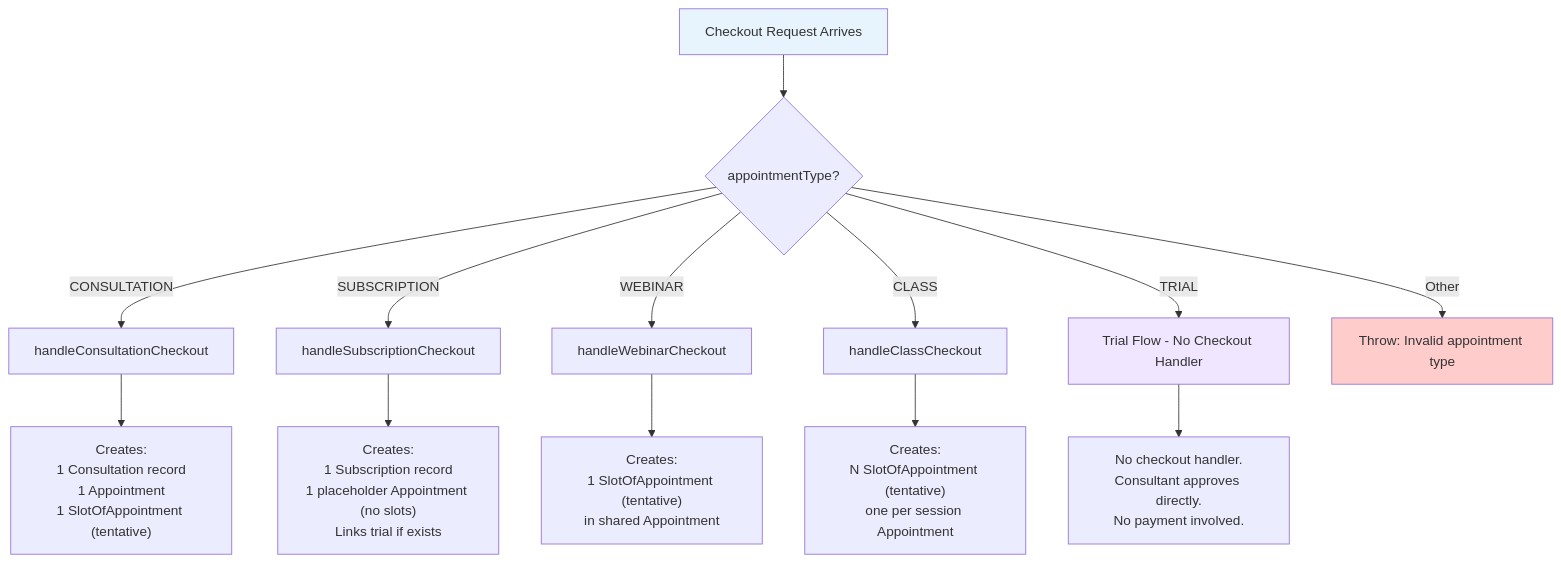
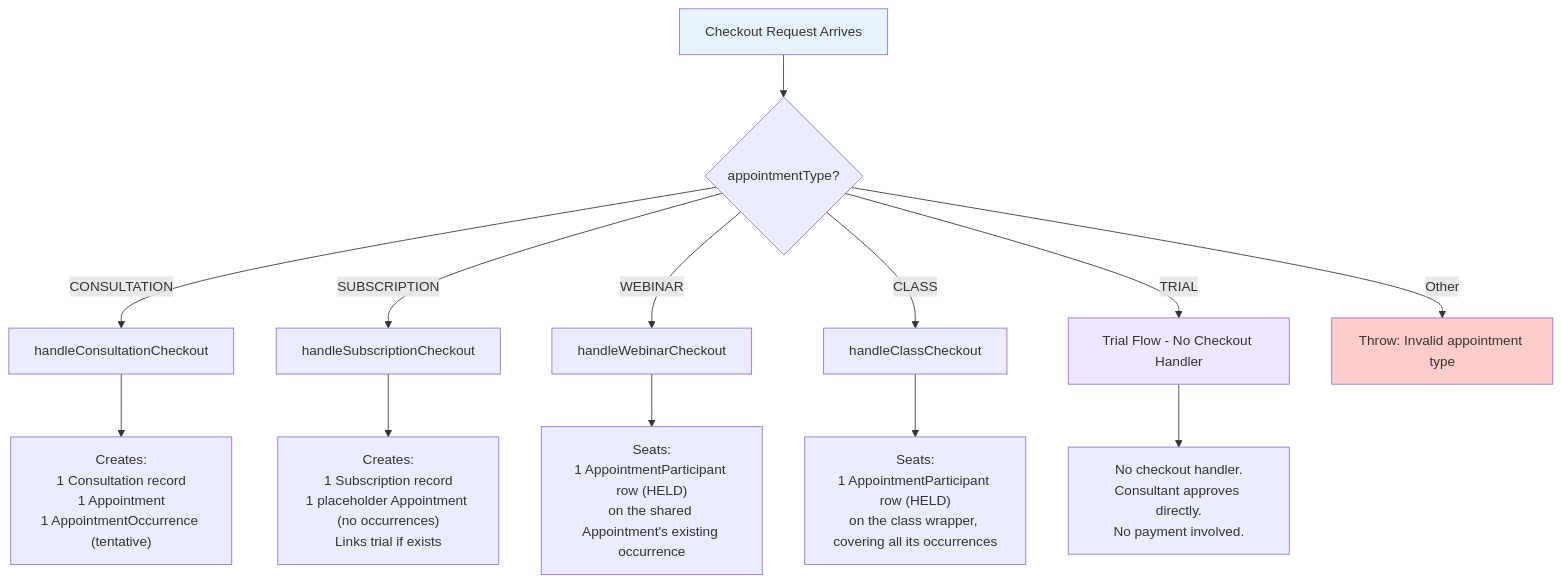
One commit to Practitionist/familiarise_web changed the third of 16 diagrams in docs/booking/06-booking-lifecycle.md. Above: the diagram before and after it, drawn with Mermaid. The commit also changed other lines of this file and 711 other files, not shown here.

First line of the commit message:
feat(scheduling): the vocabulary reset — AvailabilityWindow, AppointmentOccurrence, Meeting, Trial; slot and session retired (#1638)

````diff
--- a/docs/booking/06-booking-lifecycle.md
+++ b/docs/booking/06-booking-lifecycle.md
@@ -149,21 +150,21 @@
 ```mermaid
 flowchart TD
     START[Checkout Request Arrives] --> CHECK_TYPE{appointmentType?}
 
     CHECK_TYPE -->|CONSULTATION| CONSULT[handleConsultationCheckout]
     CHECK_TYPE -->|SUBSCRIPTION| SUB[handleSubscriptionCheckout]
     CHECK_TYPE -->|WEBINAR| WEB[handleWebinarCheckout]
     CHECK_TYPE -->|CLASS| CLS[handleClassCheckout]
     CHECK_TYPE -->|TRIAL| TRIAL[Trial Flow - No Checkout Handler]
     CHECK_TYPE -->|Other| ERR[Throw: Invalid appointment type]
 
-    CONSULT --> CONSULT_DB["Creates:<br/>1 Consultation record<br/>1 Appointment<br/>1 SlotOfAppointment (tentative)"]
-    SUB --> SUB_DB["Creates:<br/>1 Subscription record<br/>1 placeholder Appointment (no slots)<br/>Links trial if exists"]
-    WEB --> WEB_DB["Creates:<br/>1 SlotOfAppointment (tentative)<br/>in shared Appointment"]
-    CLS --> CLS_DB["Creates:<br/>N SlotOfAppointment (tentative)<br/>one per session Appointment"]
+    CONSULT --> CONSULT_DB["Creates:<br/>1 Consultation record<br/>1 Appointment<br/>1 AppointmentOccurrence (tentative)"]
+    SUB --> SUB_DB["Creates:<br/>1 Subscription record<br/>1 placeholder Appointment (no occurrences)<br/>Links trial if exists"]
+    WEB --> WEB_DB["Seats:<br/>1 AppointmentParticipant row (HELD)<br/>on the shared Appointment's existing occurrence"]
+    CLS --> CLS_DB["Seats:<br/>1 AppointmentParticipant row (HELD)<br/>on the class wrapper, covering all its occurrences"]
     TRIAL --> TRIAL_DB["No checkout handler.<br/>Consultant approves directly.<br/>No payment involved."]
 
     style START fill:#e8f4fd
     style ERR fill:#ffcccc
     style TRIAL fill:#f0e6ff
 ```
````
